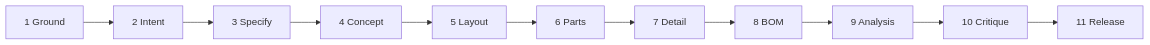
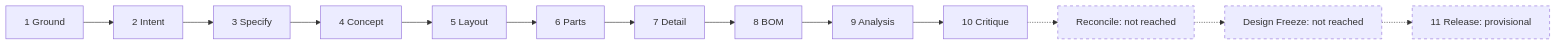
Before and after one commit to benchhand/benchhand: the diagram in README.md, drawn with Mermaid.

Commit message:
docs: link the Showcase flow nodes to the beats and show Reconcile and Design Freeze as not reached

````diff
--- a/README.md
+++ b/README.md
@@ -223,5 +223,19 @@
 ```mermaid
 flowchart LR
   G[1 Ground] --> I[2 Intent] --> S[3 Specify] --> C[4 Concept] --> L[5 Layout]
-  L --> P[6 Parts] --> D[7 Detail] --> B[8 BOM] --> A[9 Analysis] --> K[10 Critique] --> R[11 Release]
+  L --> P[6 Parts] --> D[7 Detail] --> B[8 BOM] --> A[9 Analysis] --> K[10 Critique]
+  K -.-> RC[Reconcile: not reached] -.-> DF[Design Freeze: not reached] -.-> R[11 Release: provisional]
+  click G href "#1-ground"
+  click I href "#2-intent"
+  click S href "#3-specify"
+  click C href "#4-concept"
+  click L href "#5-layout"
+  click P href "#6-parts"
+  click D href "#7-detail"
+  click B href "#8-bom"
+  click A href "#9-analysis"
+  click K href "#10-critique"
+  click R href "#11-release"
+  classDef open stroke-dasharray: 5 5
+  class RC,DF,R open
 ```
````
